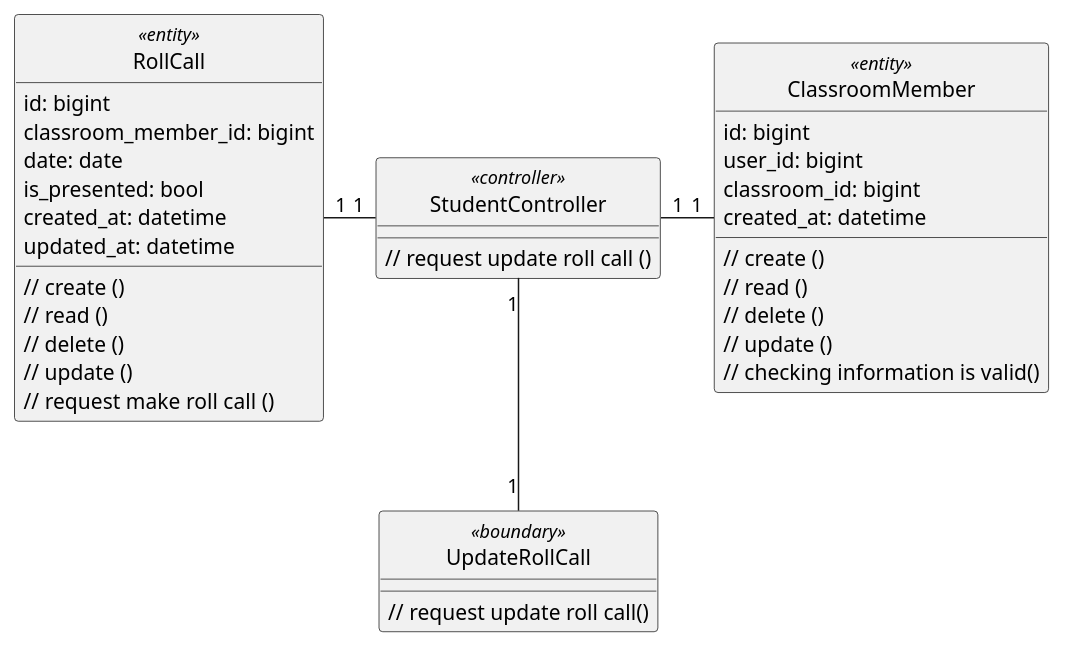
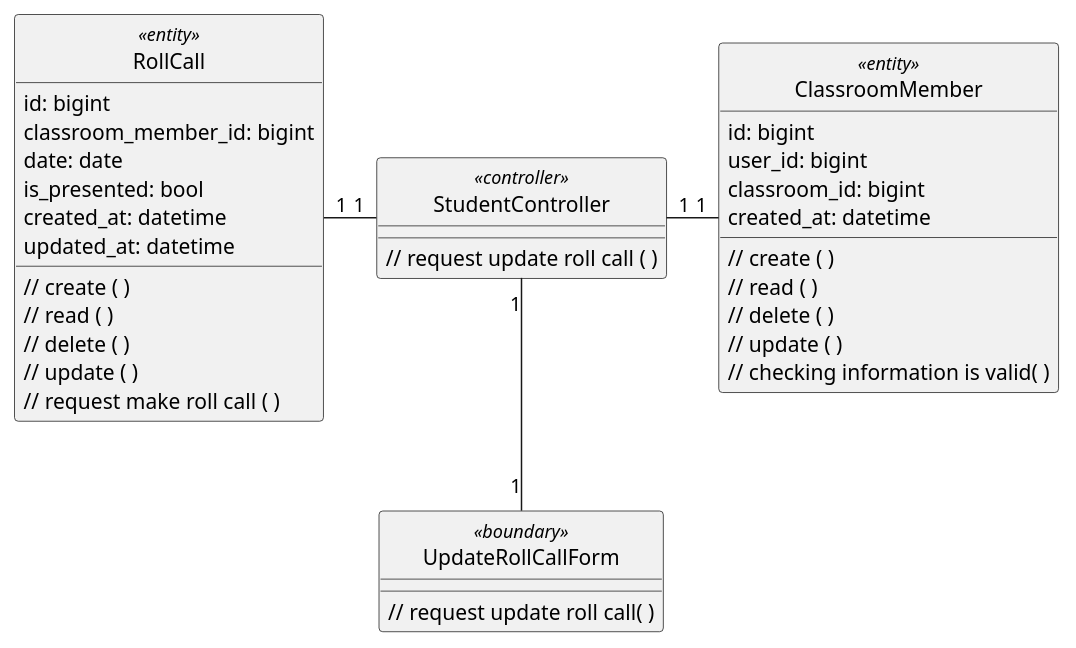
Before and after one commit to anonyhostvn/OOAD-Diagram: the diagram in class - analysis/rollcall/updateRollCall.plantuml, drawn with PlantUML. The commit also changed 16 other files, not shown here.

```diff
--- a/class - analysis/rollcall/updateRollCall.plantuml
+++ b/class - analysis/rollcall/updateRollCall.plantuml
@@ -1,49 +1,49 @@
 @startuml updateRollCall
 
 class RollCall <<entity>> {
     id: bigint
     classroom_member_id: bigint
     date: date
     is_presented: bool
     created_at: datetime
     updated_at: datetime
 
-    // create ()
-    // read ()
-    // delete ()
-    // update ()
-    // request make roll call ()
+    // create ( )
+    // read ( )
+    // delete ( )
+    // update ( )
+    // request make roll call ( )
 }
 
 class ClassroomMember <<entity>> {
     id: bigint
     user_id: bigint
     classroom_id: bigint
     created_at: datetime
 
-    // create ()
-    // read ()
-    // delete ()
-    // update ()
-    // checking information is valid()
+    // create ( )
+    // read ( )
+    // delete ( )
+    // update ( )
+    // checking information is valid( )
 }
 
-class UpdateRollCall <<boundary>> {
-    // request update roll call()
+class UpdateRollCallForm <<boundary>> {
+    // request update roll call( )
 }
 
 class StudentController <<controller>> {
-    // request update roll call ()
+    // request update roll call ( )
 }
 
 hide RollCall <<entity>> circle
-hide UpdateRollCall <<boundary>> circle
+hide UpdateRollCallForm <<boundary>> circle
 hide StudentController <<controller>> circle
 
 StudentController "1" -left- "1" RollCall
 StudentController "1" -right- "1" ClassroomMember
-StudentController "1" -down- "1" UpdateRollCall
+StudentController "1" -down- "1" UpdateRollCallForm
 
 
 
 @enduml
```
